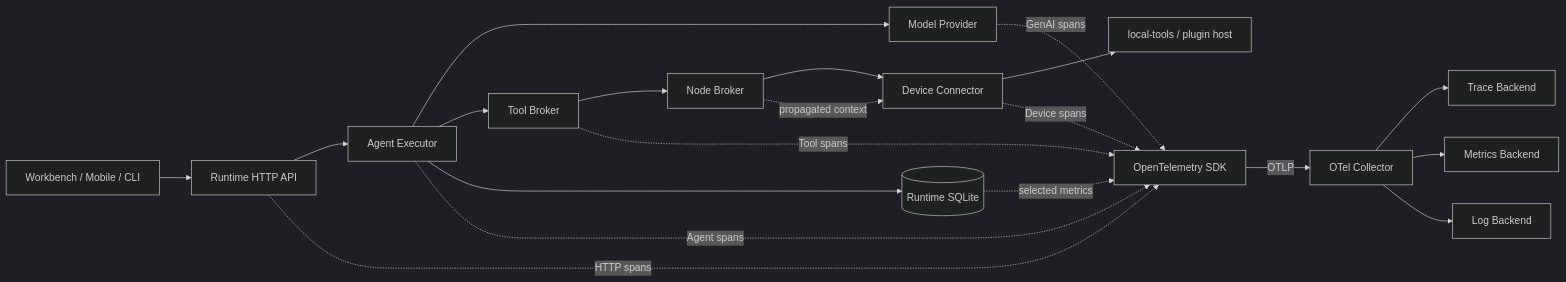
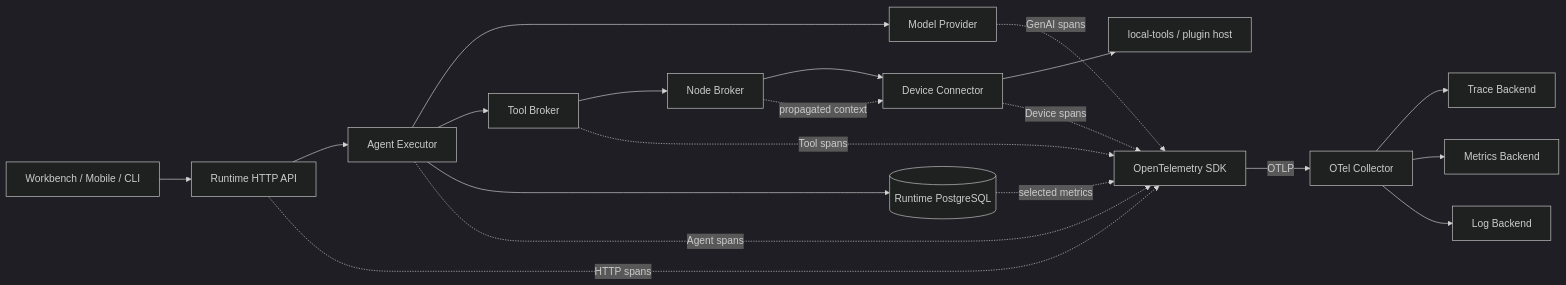
One commit to zioon-tech/zioon changed the diagram in docs/architecture/OPENTELEMETRY-OBSERVABILITY-ROADMAP.md. Above: the diagram before and after it, drawn with Mermaid (dark theme). The commit also changed other lines of this file and 293 other files, not shown here.

````diff
--- a/docs/architecture/OPENTELEMETRY-OBSERVABILITY-ROADMAP.md
+++ b/docs/architecture/OPENTELEMETRY-OBSERVABILITY-ROADMAP.md
@@ -326,39 +326,39 @@
 ```mermaid
 flowchart LR
   CLIENT[Workbench / Mobile / CLI]
   API[Runtime HTTP API]
   ENGINE[Agent Executor]
   MODEL[Model Provider]
   BROKER[Tool Broker]
   NODE[Node Broker]
   CONNECTOR[Device Connector]
   LOCAL[local-tools / plugin host]
-  STORE[(Runtime SQLite)]
+  STORE[(Runtime PostgreSQL)]
   OTEL[OpenTelemetry SDK]
   COLLECTOR[OTel Collector]
   TRACE[Trace Backend]
   METRIC[Metrics Backend]
   LOG[Log Backend]
 
   CLIENT --> API
   API --> ENGINE
   ENGINE --> MODEL
   ENGINE --> BROKER
   BROKER --> NODE
   NODE --> CONNECTOR
   CONNECTOR --> LOCAL
   ENGINE --> STORE
 
   API -. HTTP spans .-> OTEL
   ENGINE -. Agent spans .-> OTEL
   MODEL -. GenAI spans .-> OTEL
   BROKER -. Tool spans .-> OTEL
   NODE -. propagated context .-> CONNECTOR
   CONNECTOR -. Device spans .-> OTEL
   STORE -. selected metrics .-> OTEL
 
   OTEL -->|OTLP| COLLECTOR
   COLLECTOR --> TRACE
   COLLECTOR --> METRIC
   COLLECTOR --> LOG
 ```
````
